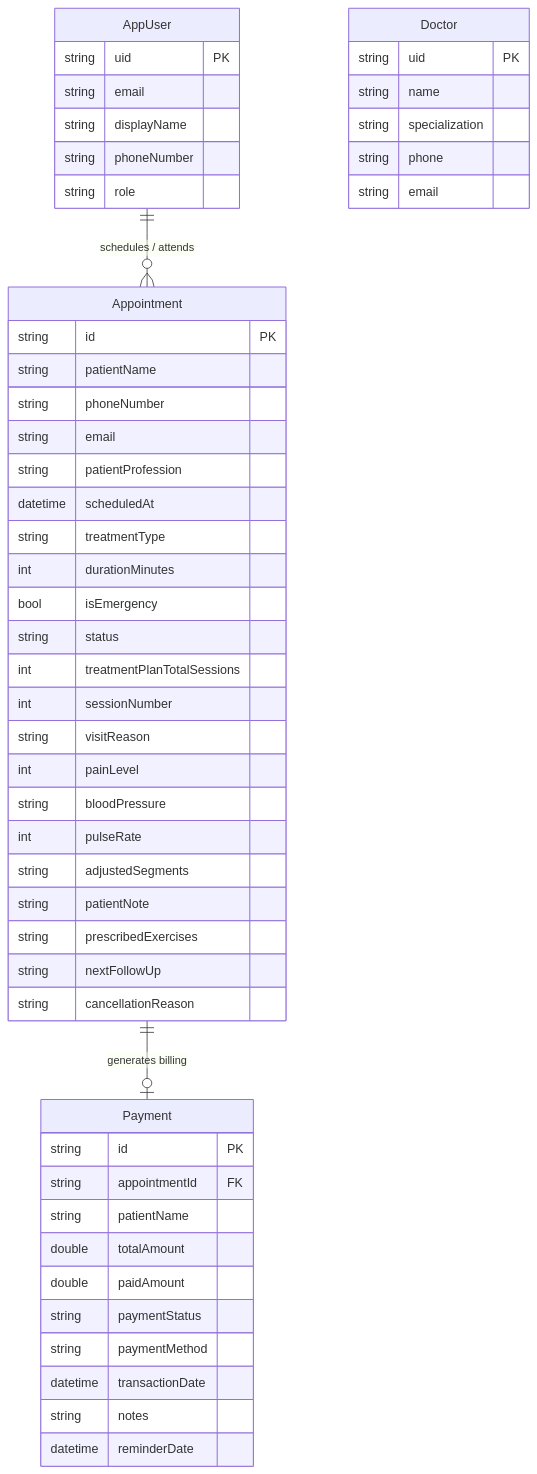
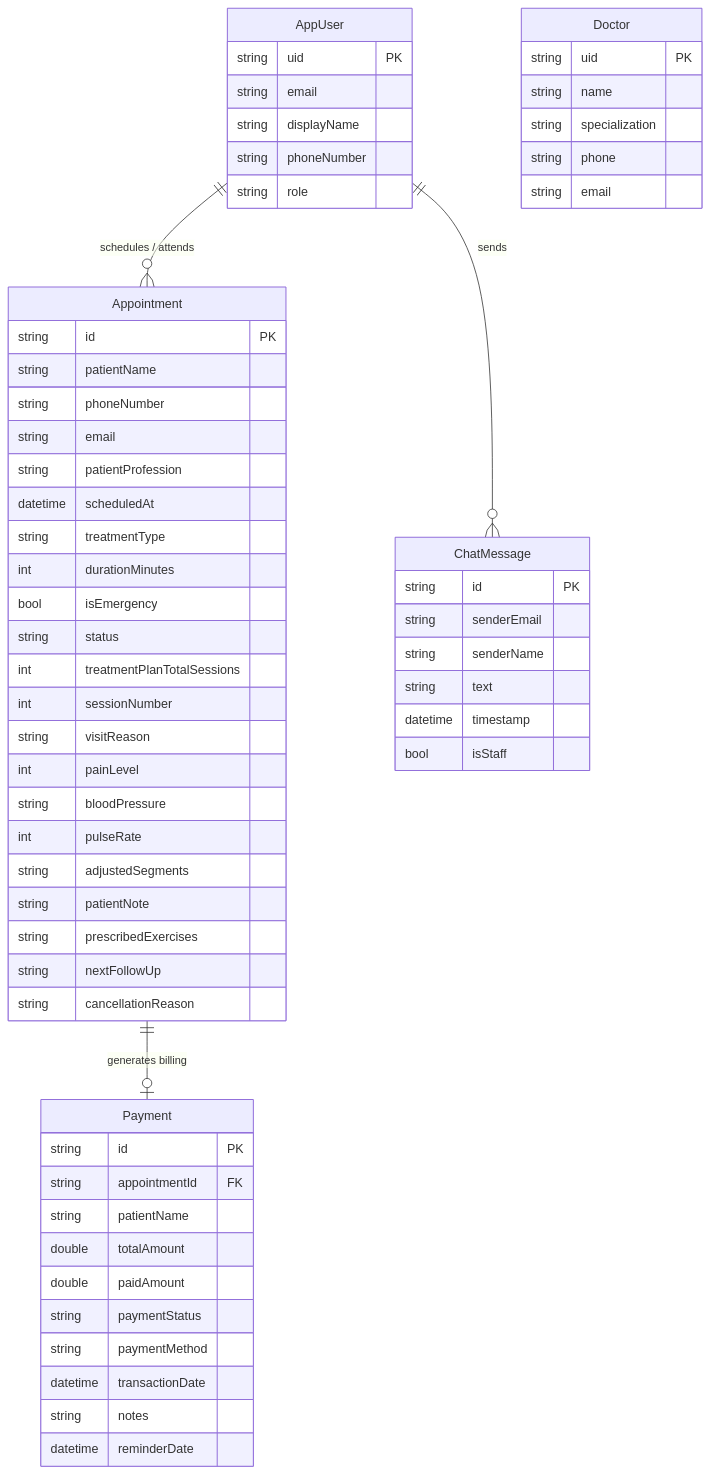
One commit to muzairkattana/Booking-appointment-system-mobile-app changed the second of 2 diagrams in README.md. Above: the diagram before and after it, drawn with Mermaid. The commit also changed other lines of this file, not shown here.

Commit message:
docs: add ChatMessage to ERD and chat folder to file structure

````diff
--- a/README.md
+++ b/README.md
@@ -39,58 +39,68 @@
 ```mermaid
 erDiagram
     AppUser {
         string uid PK
         string email
         string displayName
         string phoneNumber
         string role
     }
     
     Doctor {
         string uid PK
         string name
         string specialization
         string phone
         string email
     }
     
     Appointment {
         string id PK
         string patientName
         string phoneNumber
         string email
         string patientProfession
         datetime scheduledAt
         string treatmentType
         int durationMinutes
         bool isEmergency
         string status
         int treatmentPlanTotalSessions
         int sessionNumber
         string visitReason
         int painLevel
         string bloodPressure
         int pulseRate
         string adjustedSegments
         string patientNote
         string prescribedExercises
         string nextFollowUp
         string cancellationReason
     }
 
     Payment {
         string id PK
         string appointmentId FK
         string patientName
         double totalAmount
         double paidAmount
         string paymentStatus
         string paymentMethod
         datetime transactionDate
         string notes
         datetime reminderDate
     }
 
+    ChatMessage {
+        string id PK
+        string senderEmail
+        string senderName
+        string text
+        datetime timestamp
+        bool isStaff
+    }
+
     AppUser ||--o{ Appointment : "schedules / attends"
     Appointment ||--o| Payment : "generates billing"
+    AppUser ||--o{ ChatMessage : "sends"
 ```
````
